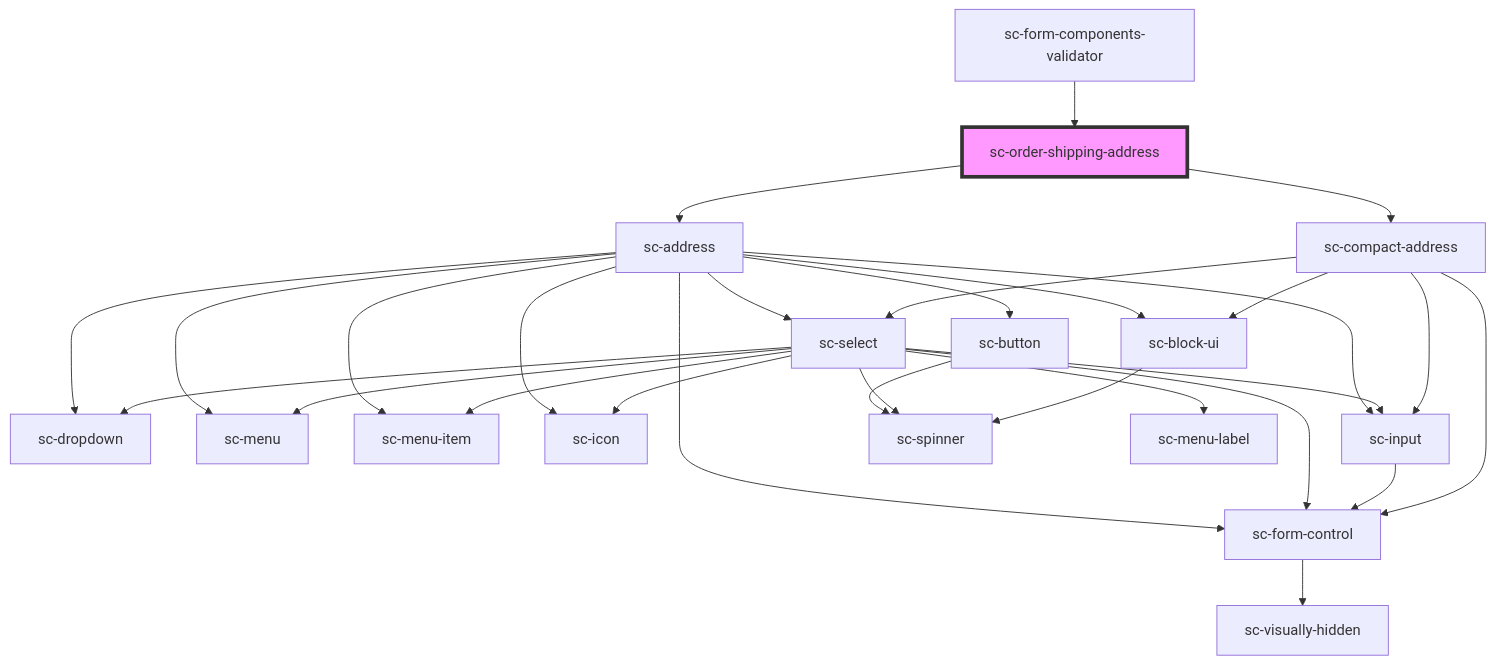
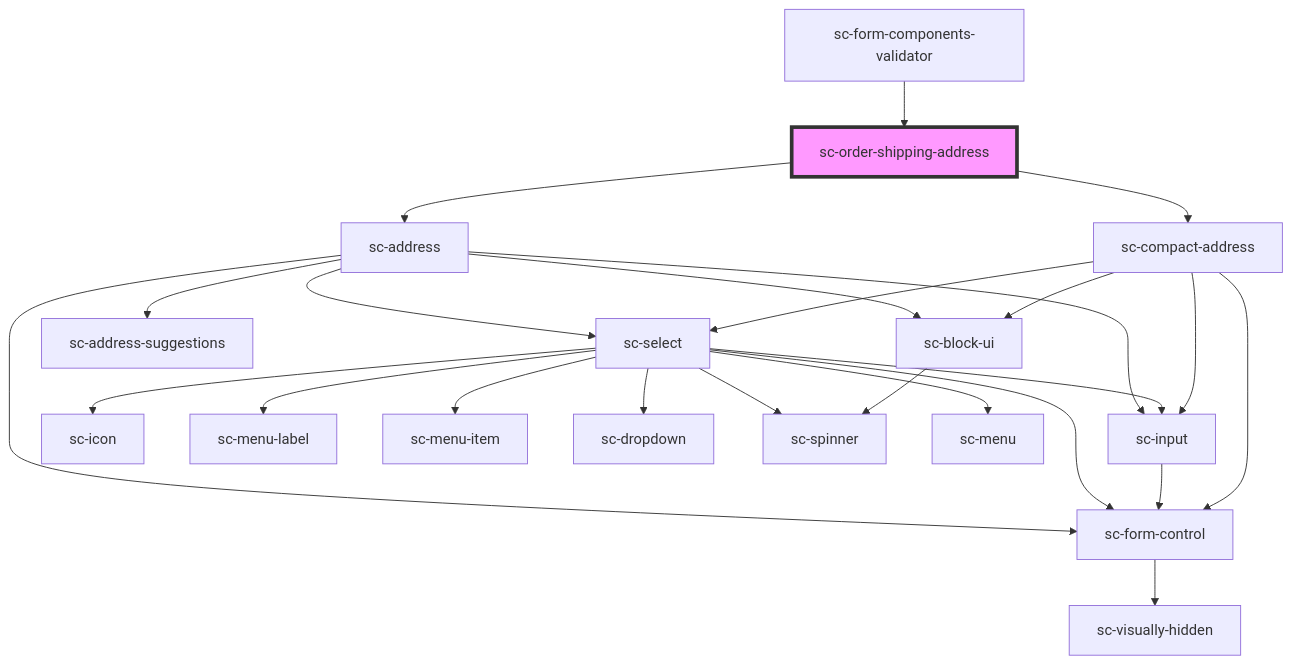
The diagram in packages/components/src/components/controllers/checkout-form/order-shipping-address/readme.md (surecart/surecart-wp-plugin), drawn with Mermaid before and after one commit. The commit also changed 14 other files, not shown here.

````diff
--- a/packages/components/src/components/controllers/checkout-form/order-shipping-address/readme.md
+++ b/packages/components/src/components/controllers/checkout-form/order-shipping-address/readme.md
@@ -45,32 +45,27 @@
 ```mermaid
 graph TD;
   sc-order-shipping-address --> sc-address
   sc-order-shipping-address --> sc-compact-address
-  sc-address --> sc-dropdown
-  sc-address --> sc-menu
-  sc-address --> sc-menu-item
-  sc-address --> sc-button
-  sc-address --> sc-icon
   sc-address --> sc-form-control
   sc-address --> sc-select
   sc-address --> sc-input
+  sc-address --> sc-address-suggestions
   sc-address --> sc-block-ui
-  sc-button --> sc-spinner
   sc-form-control --> sc-visually-hidden
   sc-select --> sc-icon
   sc-select --> sc-menu-label
   sc-select --> sc-menu-item
   sc-select --> sc-form-control
   sc-select --> sc-dropdown
   sc-select --> sc-input
   sc-select --> sc-spinner
   sc-select --> sc-menu
   sc-input --> sc-form-control
   sc-block-ui --> sc-spinner
   sc-compact-address --> sc-form-control
   sc-compact-address --> sc-select
   sc-compact-address --> sc-input
   sc-compact-address --> sc-block-ui
   sc-form-components-validator --> sc-order-shipping-address
   style sc-order-shipping-address fill:#f9f,stroke:#333,stroke-width:4px
 ```
````
